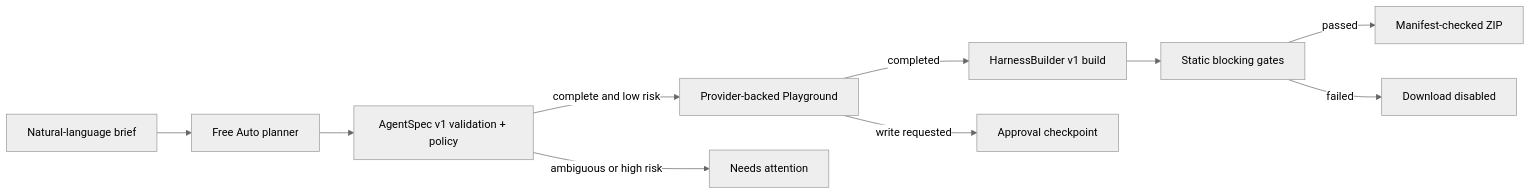
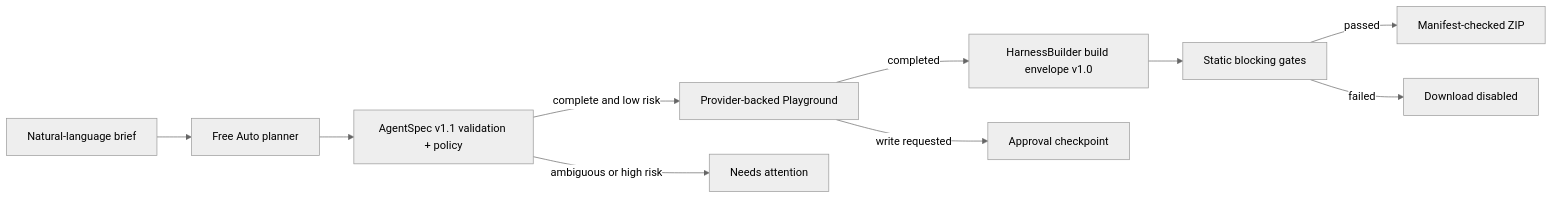
One commit to RoUchiha/Agentify changed the diagram in README.md. Above: the diagram before and after it, drawn with Mermaid (neutral theme). The commit also changed other lines of this file and 25 other files, not shown here.

````diff
--- a/README.md
+++ b/README.md
@@ -20,12 +20,12 @@
 ```mermaid
 flowchart LR
   A["Natural-language brief"] --> B["Free Auto planner"]
-  B --> C["AgentSpec v1 validation + policy"]
+  B --> C["AgentSpec v1.1 validation + policy"]
   C -->|complete and low risk| D["Provider-backed Playground"]
   C -->|ambiguous or high risk| X["Needs attention"]
-  D -->|completed| E["HarnessBuilder v1 build"]
+  D -->|completed| E["HarnessBuilder build envelope v1.0"]
   D -->|write requested| Y["Approval checkpoint"]
   E --> F["Static blocking gates"]
   F -->|passed| G["Manifest-checked ZIP"]
   F -->|failed| Z["Download disabled"]
 ```
````
